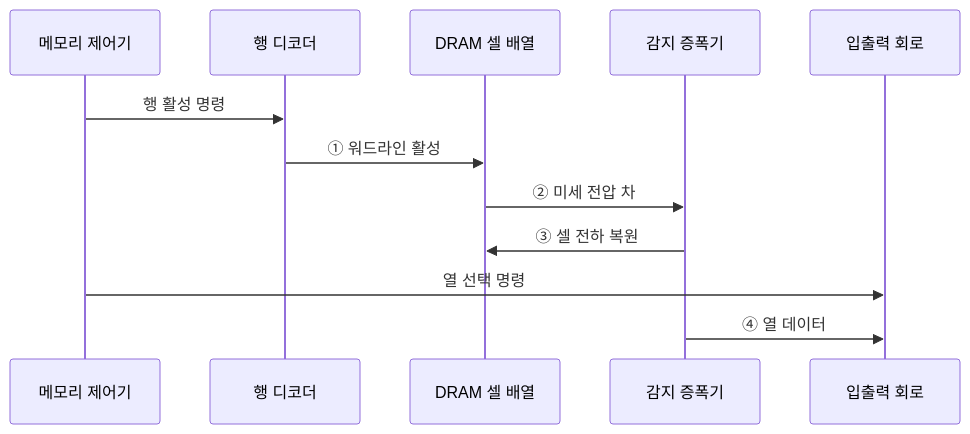
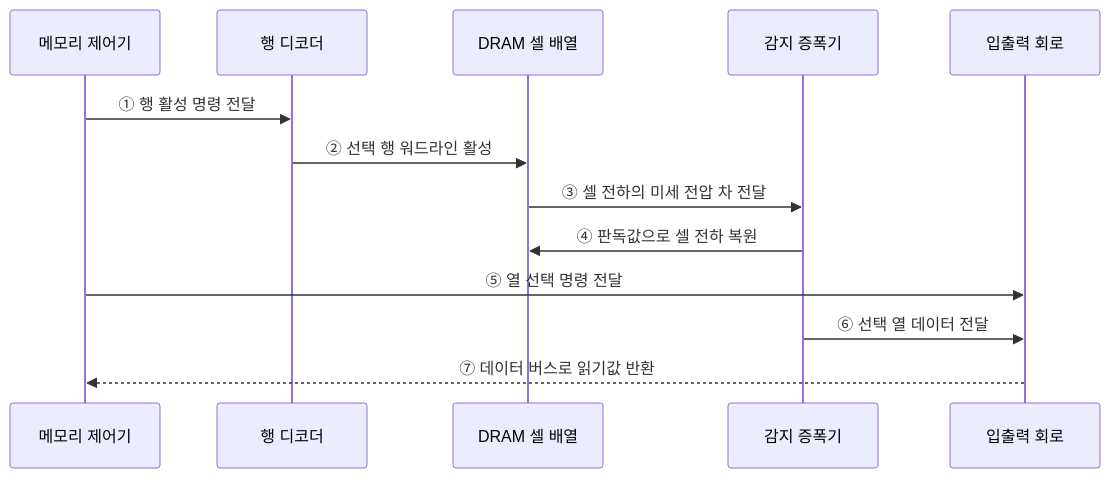
The second of 2 diagrams in src/content/docs/notes/02-hardware/023_dram_vs_sram.md (agnusdei1207/knowledge-base), drawn with Mermaid before and after one commit. The commit also changed other lines of this file and 20 other files, not shown here.

````diff
--- a/src/content/docs/notes/02-hardware/023_dram_vs_sram.md
+++ b/src/content/docs/notes/02-hardware/023_dram_vs_sram.md
@@ -84,14 +84,15 @@
 ```mermaid
 sequenceDiagram
     participant C as 메모리 제어기
     participant D as 행 디코더
     participant A as DRAM 셀 배열
     participant S as 감지 증폭기
     participant I as 입출력 회로
-    C->>D: 행 활성 명령
-    D->>A: ① 워드라인 활성
-    A->>S: ② 미세 전압 차
-    S->>A: ③ 셀 전하 복원
-    C->>I: 열 선택 명령
-    S->>I: ④ 열 데이터
+    C->>D: ① 행 활성 명령 전달
+    D->>A: ② 선택 행 워드라인 활성
+    A->>S: ③ 셀 전하의 미세 전압 차 전달
+    S->>A: ④ 판독값으로 셀 전하 복원
+    C->>I: ⑤ 열 선택 명령 전달
+    S->>I: ⑥ 선택 열 데이터 전달
+    I-->>C: ⑦ 데이터 버스로 읽기값 반환
 ```
````
